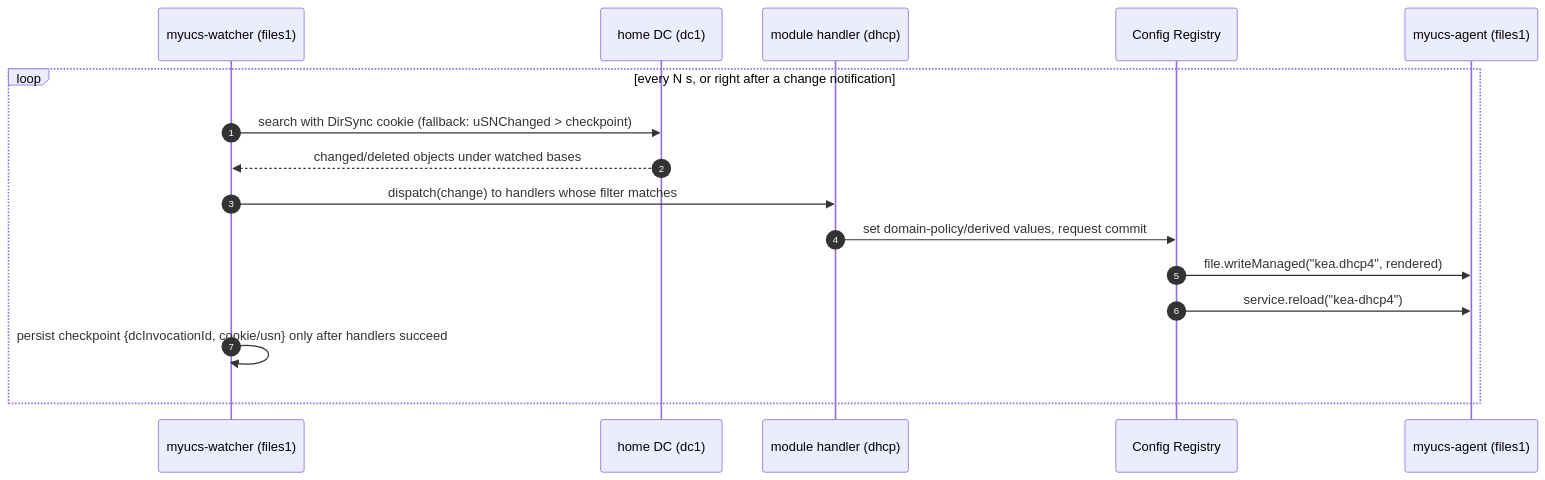
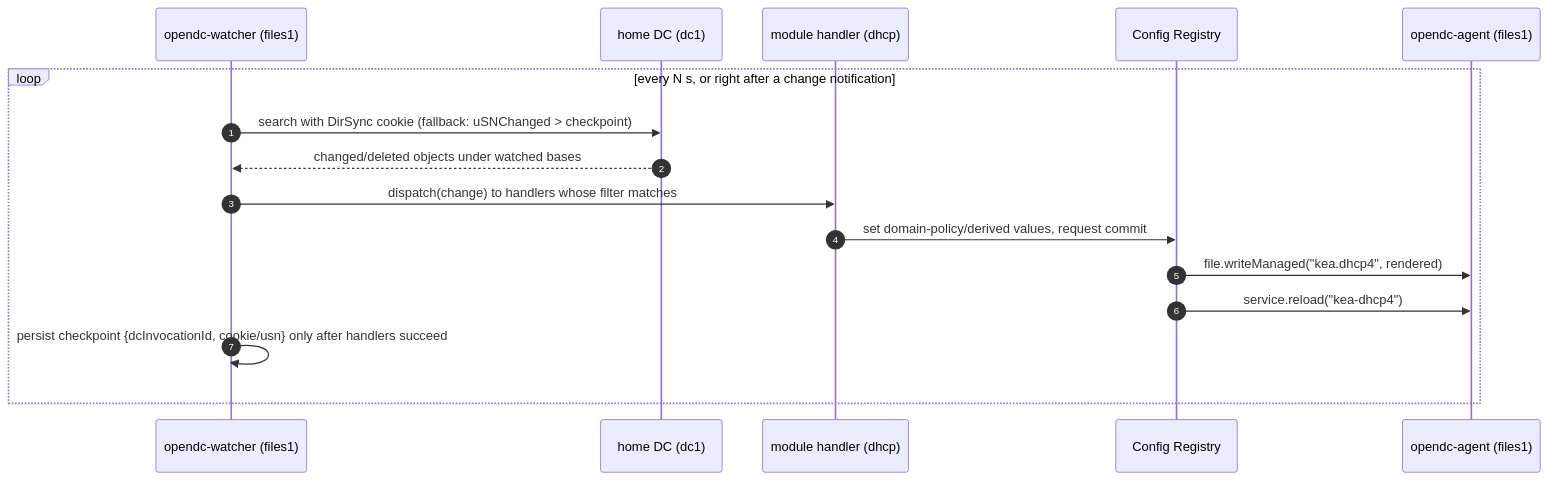
Before and after one commit to driterolulaj/openDC: the fourth of 5 diagrams in docs/ARCHITECTURE.md, drawn with Mermaid. The commit also changed other lines of this file and 42 other files, not shown here.

````diff
--- a/docs/ARCHITECTURE.md
+++ b/docs/ARCHITECTURE.md
@@ -136,18 +136,18 @@
 ```mermaid
 sequenceDiagram
   autonumber
-  participant W as myucs-watcher (files1)
+  participant W as opendc-watcher (files1)
   participant S as home DC (dc1)
   participant H as module handler (dhcp)
   participant R as Config Registry
-  participant G as myucs-agent (files1)
+  participant G as opendc-agent (files1)
   loop every N s, or right after a change notification
     W->>S: search with DirSync cookie (fallback: uSNChanged > checkpoint)
     S-->>W: changed/deleted objects under watched bases
     W->>H: dispatch(change) to handlers whose filter matches
     H->>R: set domain-policy/derived values, request commit
     R->>G: file.writeManaged("kea.dhcp4", rendered)
     R->>G: service.reload("kea-dhcp4")
     W->>W: persist checkpoint {dcInvocationId, cookie/usn} only after handlers succeed
   end
 ```
````
